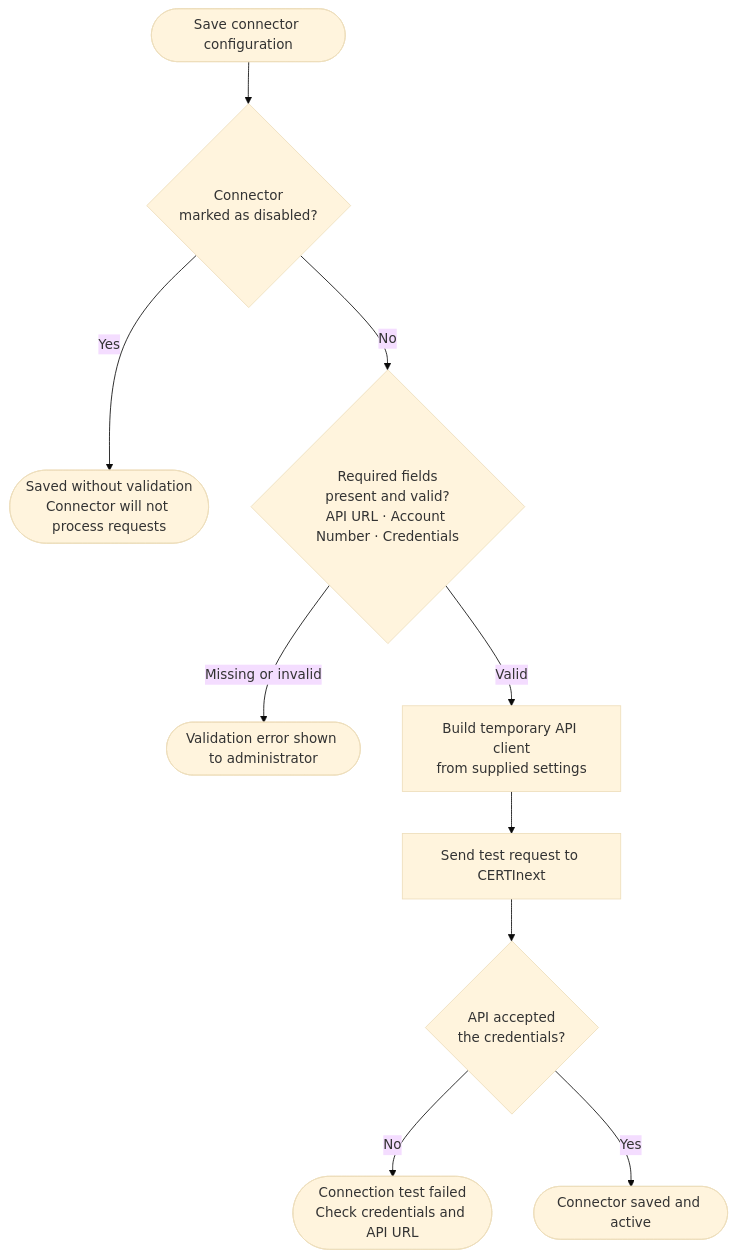
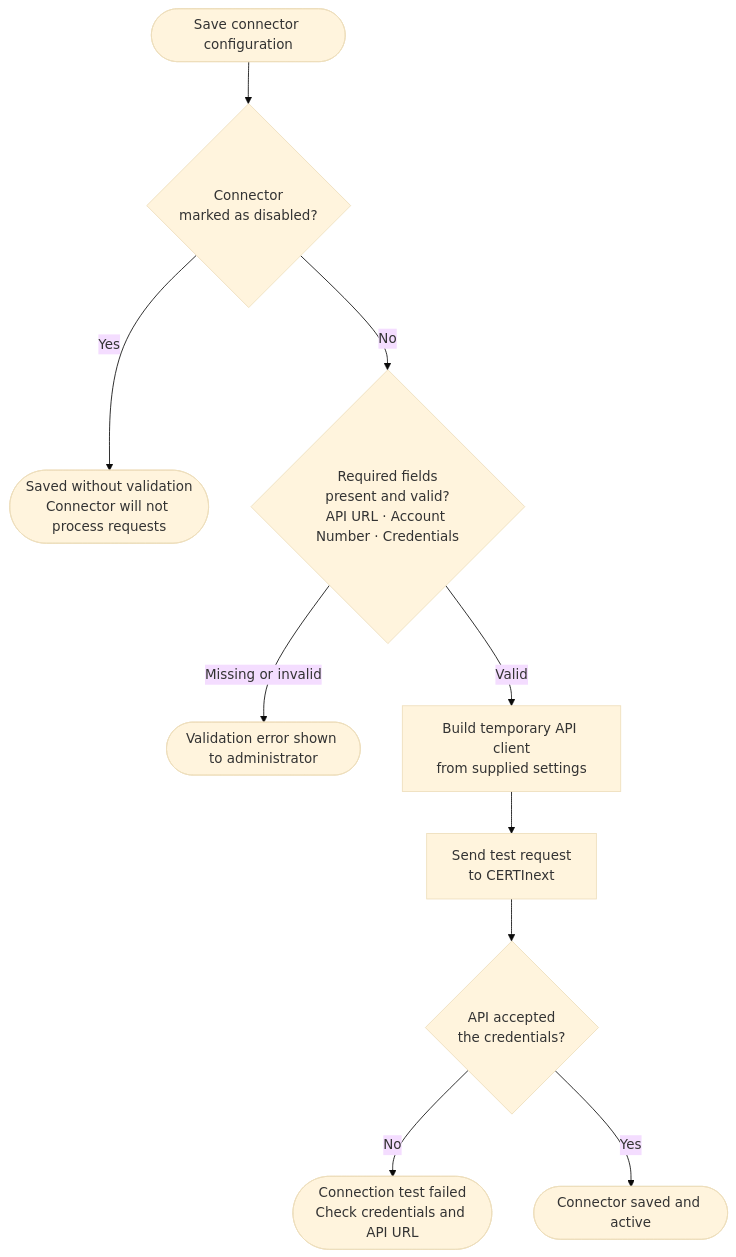
Before and after one commit to Keyfactor/certinext-caplugin: the sixth of 6 diagrams in README.md, drawn with Mermaid (base theme). The commit also changed other lines of this file and 102 other files, not shown here.

````diff
--- a/README.md
+++ b/README.md
@@ -555,12 +552,12 @@
 ```mermaid
 flowchart TD
-    A([Save connector configuration]) --> B{"Connector<br/>marked as disabled?"}
-    B -- Yes --> C(["Saved without validation<br/>Connector will not process requests"])
-    B -- No --> D{"Required fields<br/>present and valid?<br/>API URL · Account Number · Credentials"}
+    A([Save connector configuration]) --> B{Connector<br/>marked as disabled?}
+    B -- Yes --> C([Saved without validation<br/>Connector will not process requests])
+    B -- No --> D{Required fields<br/>present and valid?<br/>API URL · Account Number · Credentials}
     D -- Missing or invalid --> E([Validation error shown to administrator])
-    D -- Valid --> F["Build temporary API client<br/>from supplied settings"]
-    F --> G[Send test request to CERTInext]
-    G --> H{"API accepted<br/>the credentials?"}
-    H -- No --> I(["Connection test failed<br/>Check credentials and API URL"])
+    D -- Valid --> F[Build temporary API client<br/>from supplied settings]
+    F --> G[Send test request<br/>to CERTInext]
+    G --> H{API accepted<br/>the credentials?}
+    H -- No --> I([Connection test failed<br/>Check credentials and API URL])
     H -- Yes --> J([Connector saved and active])
 ```
````
